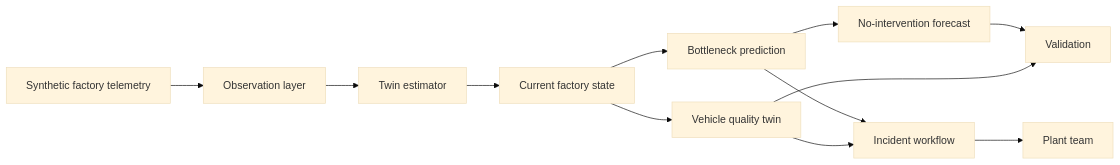
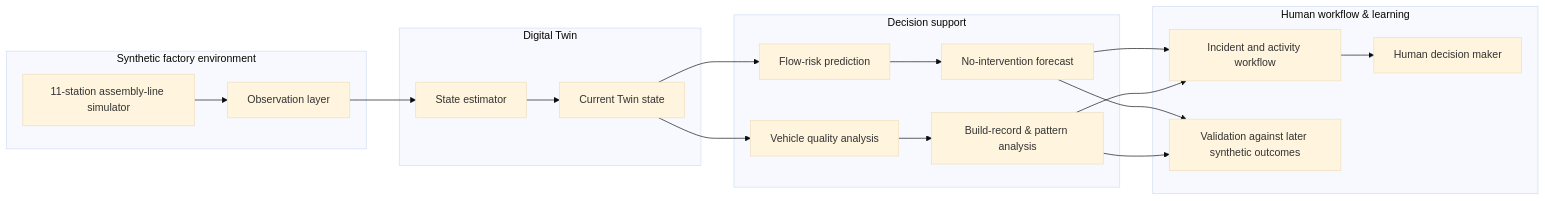
Before and after one commit to amn1704/LineLens-DigitalTwin: the diagram in README.md, drawn with Mermaid (base theme). The commit also changed other lines of this file and 14 other files, not shown here.

````diff
--- a/README.md
+++ b/README.md
@@ -44,14 +57,24 @@
 ```mermaid
 flowchart LR
-    A[Synthetic factory telemetry] --> B[Observation layer]
-    B --> C[Twin estimator]
-    C --> D[Current factory state]
-    D --> E[Bottleneck prediction]
-    D --> F[Vehicle quality twin]
-    E --> G[No-intervention forecast]
-    E --> H[Incident workflow]
-    F --> H
-    G --> I[Validation]
+    subgraph Factory["Synthetic factory environment"]
+      A["11-station assembly-line simulator"] --> B["Observation layer"]
+    end
+    subgraph Twin["Digital Twin"]
+      C["State estimator"] --> D["Current Twin state"]
+    end
+    subgraph Insight["Decision support"]
+      E["Flow-risk prediction"] --> F["No-intervention forecast"]
+      G["Vehicle quality analysis"] --> H["Build-record & pattern analysis"]
+    end
+    subgraph Human["Human workflow & learning"]
+      I["Incident and activity workflow"] --> J["Human decision maker"]
+      K["Validation against later synthetic outcomes"]
+    end
+    B --> C
+    D --> E
+    D --> G
     F --> I
-    H --> J[Plant team]
+    H --> I
+    F --> K
+    H --> K
 ```
````
